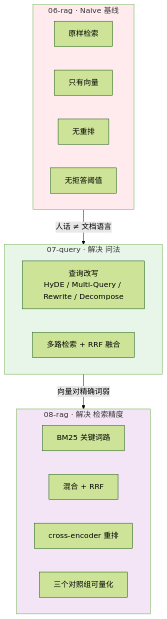
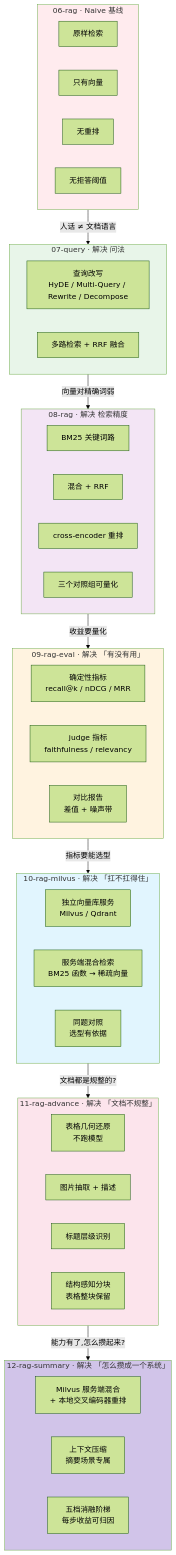
One commit to heheshang/agent-learn changed the fourth of 5 diagrams in README.md. Above: the diagram before and after it, drawn with Mermaid (forest theme). The commit also changed other lines of this file and 24 other files, not shown here.

First line of the commit message:
feat(12-rag-summary): 摘要式 RAG —— 混合检索 + Reranker + Milvus 集成

````diff
--- a/README.md
+++ b/README.md
@@ -94,26 +195,59 @@
 ```mermaid
 graph TB
     subgraph S0["06-rag · Naive 基线"]
         A1[原样检索]
         A2[只有向量]
         A3[无重排]
         A4[无拒答阈值]
     end
     subgraph S1["07-query · 解决 问法"]
-        B1[查询改写<br/>HyDE / Multi-Query / Rewrite / Decompose]
+        B1["查询改写<br/>HyDE / Multi-Query / Rewrite / Decompose"]
         B2[多路检索 + RRF 融合]
     end
     subgraph S2["08-rag · 解决 检索精度"]
         C1[BM25 关键词路]
         C2[混合 + RRF]
         C3[cross-encoder 重排]
         C4[三个对照组可量化]
     end
 
-    S0 -->|人话 ≠ 文档语言| S1
+    subgraph S3["09-rag-eval · 解决 「有没有用」"]
+        D1["确定性指标<br/>recall@k / nDCG / MRR"]
+        D2["judge 指标<br/>faithfulness / relevancy"]
+        D3["对比报告<br/>差值 + 噪声带"]
+    end
+
+    subgraph S4["10-rag-milvus · 解决 「扛不扛得住」"]
+        E1["独立向量库服务<br/>Milvus / Qdrant"]
+        E2["服务端混合检索<br/>BM25 函数 → 稀疏向量"]
+        E3["同题对照<br/>选型有依据"]
+    end
+
+    subgraph S5["11-rag-advance · 解决 「文档不规整」"]
+        F1["表格几何还原<br/>不跑模型"]
+        F2["图片抽取 + 描述"]
+        F3["标题层级识别"]
+        F4["结构感知分块<br/>表格整块保留"]
+    end
+
+    subgraph S6["12-rag-summary · 解决 「怎么攒成一个系统」"]
+        G1["Milvus 服务端混合<br/>+ 本地交叉编码器重排"]
+        G2["上下文压缩<br/>摘要场景专属"]
+        G3["五档消融阶梯<br/>每步收益可归因"]
+    end
+
+    S0 -->|"人话 ≠ 文档语言"| S1
     S1 -->|向量对精确词弱| S2
+    S2 -->|收益要量化| S3
+    S3 -->|指标要能选型| S4
+    S4 -->|文档都是规整的?| S5
+    S5 -->|能力有了,怎么攒起来?| S6
 
     style S0 fill:#ffebee
     style S1 fill:#e8f5e9
     style S2 fill:#f3e5f5
+    style S3 fill:#fff3e0
+    style S4 fill:#e1f5fe
+    style S5 fill:#fce4ec
+    style S6 fill:#d1c4e9
 ```
````
